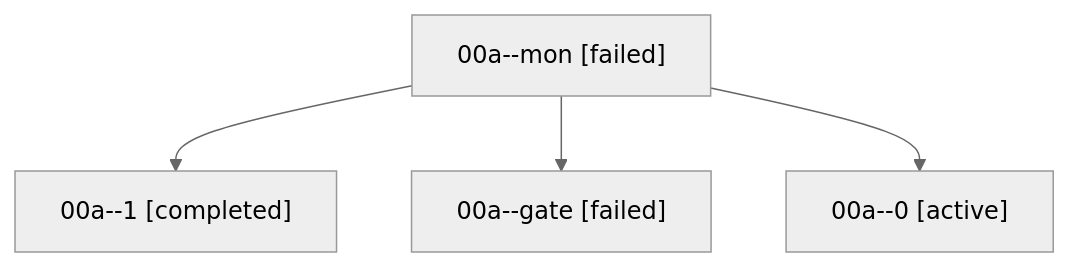
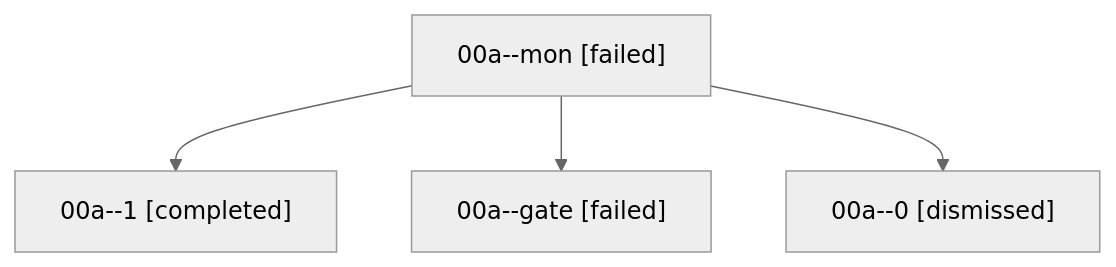
Before and after one commit to sase-org/sase--agents: the diagram in sessions/bbugyi200.athena.00a.md, drawn with Mermaid (neutral theme). The commit also changed other lines of this file and 16 other files, not shown here.

````diff
--- a/sessions/bbugyi200.athena.00a.md
+++ b/sessions/bbugyi200.athena.00a.md
@@ -9,10 +9,10 @@
 ```mermaid
 flowchart TD
   n0["00a--mon [failed]"]
   n1["00a--1 [completed]"]
   n0 --> n1
   n2["00a--gate [failed]"]
   n0 --> n2
-  n3["00a--0 [active]"]
+  n3["00a--0 [dismissed]"]
   n0 --> n3
 ```
````
